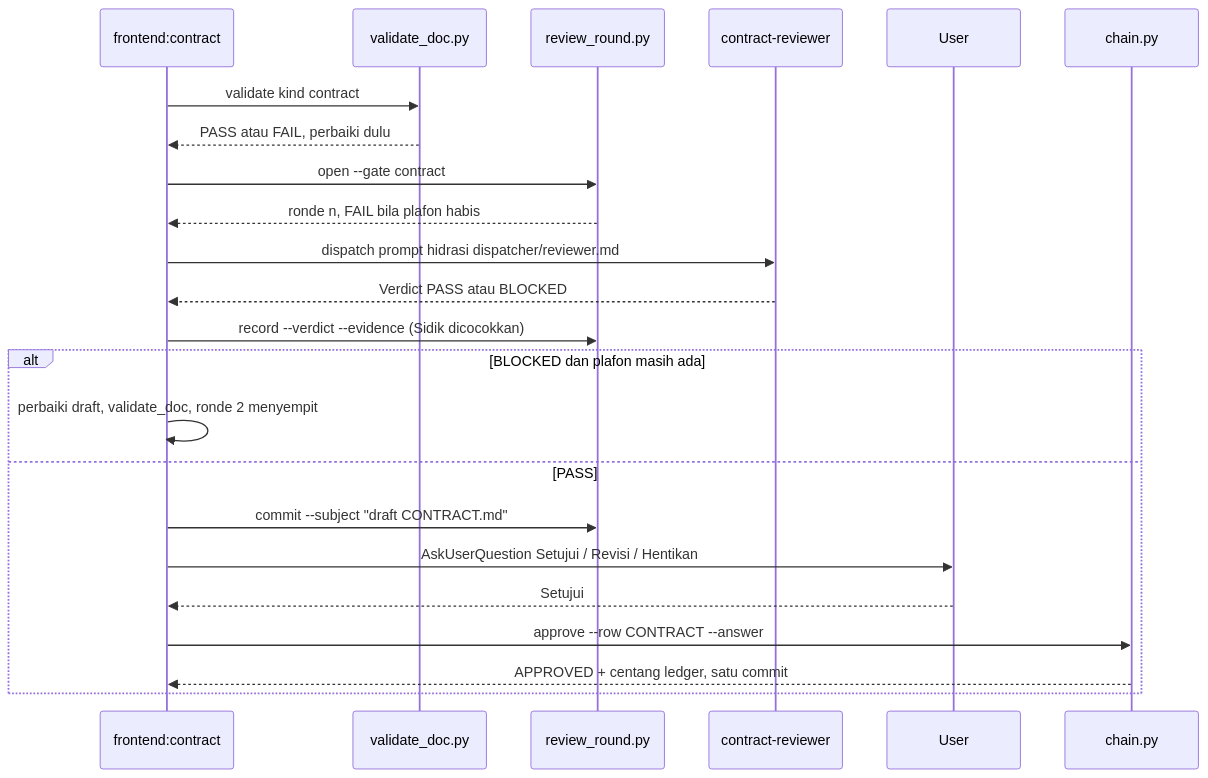
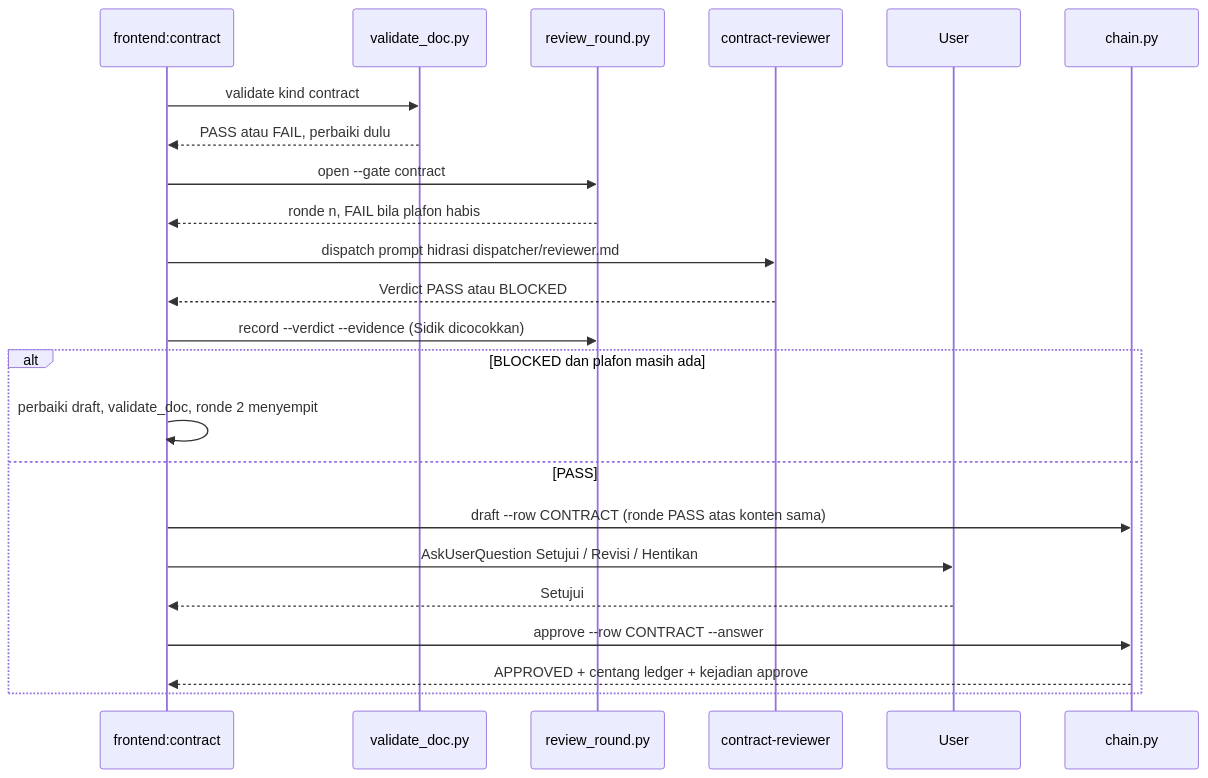
One commit to nataflow/agentic-workflow changed the third of 8 diagrams in flow/frontend.md. Above: the diagram before and after it, drawn with Mermaid. The commit also changed other lines of this file and 4 other files, not shown here.

````diff
--- a/flow/frontend.md
+++ b/flow/frontend.md
@@ -321,25 +328,25 @@
 ```mermaid
 sequenceDiagram
     participant C as frontend:contract
     participant V as validate_doc.py
     participant RR as review_round.py
     participant CR as contract-reviewer
     participant U as User
     participant CH as chain.py
     C->>V: validate kind contract
     V-->>C: PASS atau FAIL, perbaiki dulu
     C->>RR: open --gate contract
     RR-->>C: ronde n, FAIL bila plafon habis
     C->>CR: dispatch prompt hidrasi dispatcher/reviewer.md
     CR-->>C: Verdict PASS atau BLOCKED
     C->>RR: record --verdict --evidence (Sidik dicocokkan)
     alt BLOCKED dan plafon masih ada
         C->>C: perbaiki draft, validate_doc, ronde 2 menyempit
     else PASS
-        C->>RR: commit --subject "draft CONTRACT.md"
+        C->>CH: draft --row CONTRACT (ronde PASS atas konten sama)
         C->>U: AskUserQuestion Setujui / Revisi / Hentikan
         U-->>C: Setujui
         C->>CH: approve --row CONTRACT --answer
-        CH-->>C: APPROVED + centang ledger, satu commit
+        CH-->>C: APPROVED + centang ledger + kejadian approve
     end
 ```
````
